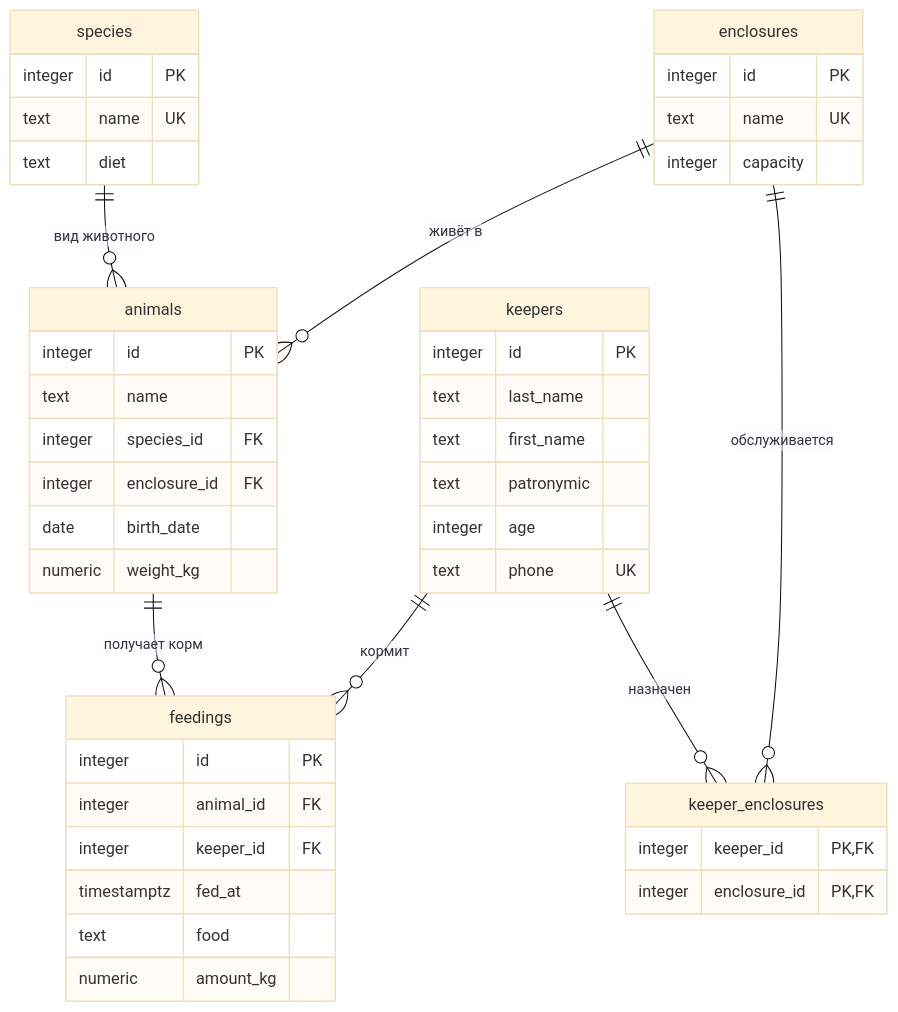
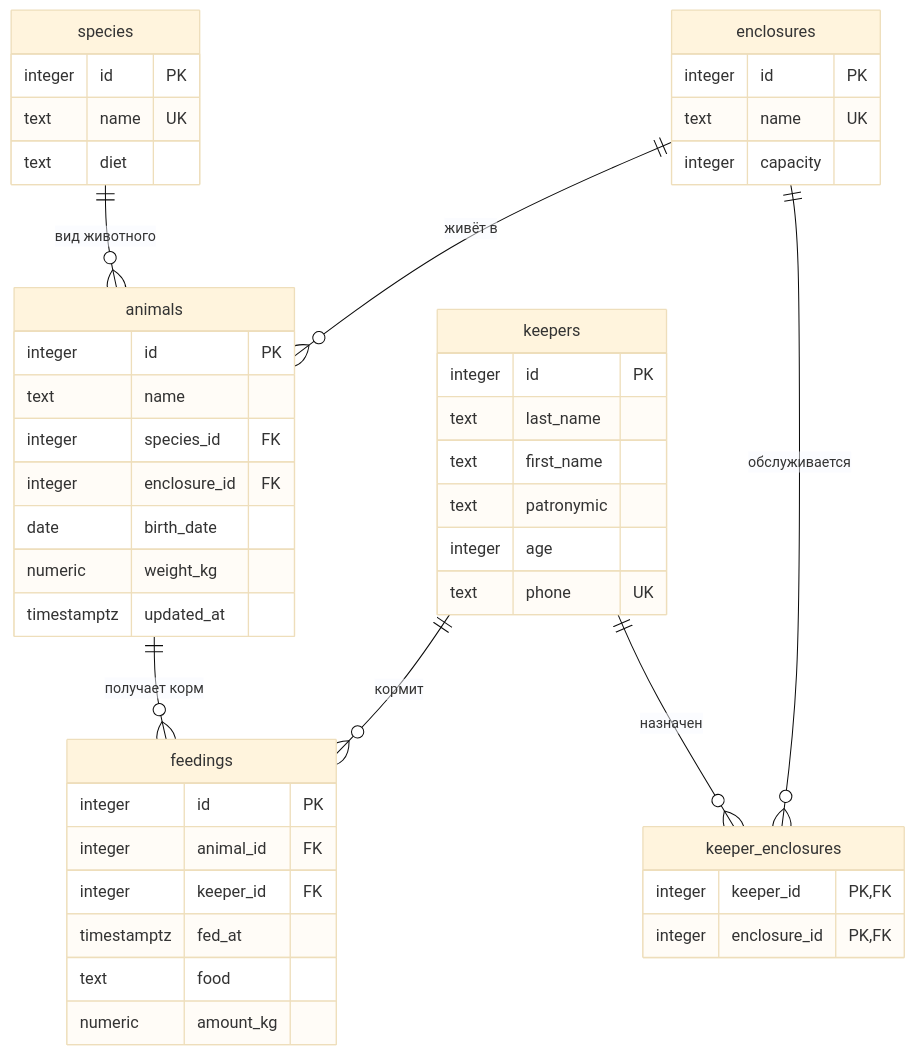
The diagram in README.md (Keyla-Tem/temtcina_zoo), drawn with Mermaid (base theme) before and after one commit. The commit also changed other lines of this file and 5 other files, not shown here.

````diff
--- a/README.md
+++ b/README.md
@@ -39,48 +39,49 @@
 ```mermaid
 erDiagram
     species ||--o{ animals : "вид животного"
     enclosures ||--o{ animals : "живёт в"
     animals ||--o{ feedings : "получает корм"
     keepers ||--o{ feedings : "кормит"
     keepers ||--o{ keeper_enclosures : "назначен"
     enclosures ||--o{ keeper_enclosures : "обслуживается"
 
     species {
         integer id PK
         text name UK
         text diet
     }
     enclosures {
         integer id PK
         text name UK
         integer capacity
     }
     keepers {
         integer id PK
         text last_name
         text first_name
         text patronymic
         integer age
         text phone UK
     }
     animals {
         integer id PK
         text name
         integer species_id FK
         integer enclosure_id FK
         date birth_date
         numeric weight_kg
+        timestamptz updated_at
     }
     keeper_enclosures {
         integer keeper_id PK, FK
         integer enclosure_id PK, FK
     }
     feedings {
         integer id PK
         integer animal_id FK
         integer keeper_id FK
         timestamptz fed_at
         text food
         numeric amount_kg
     }
 ```
````
